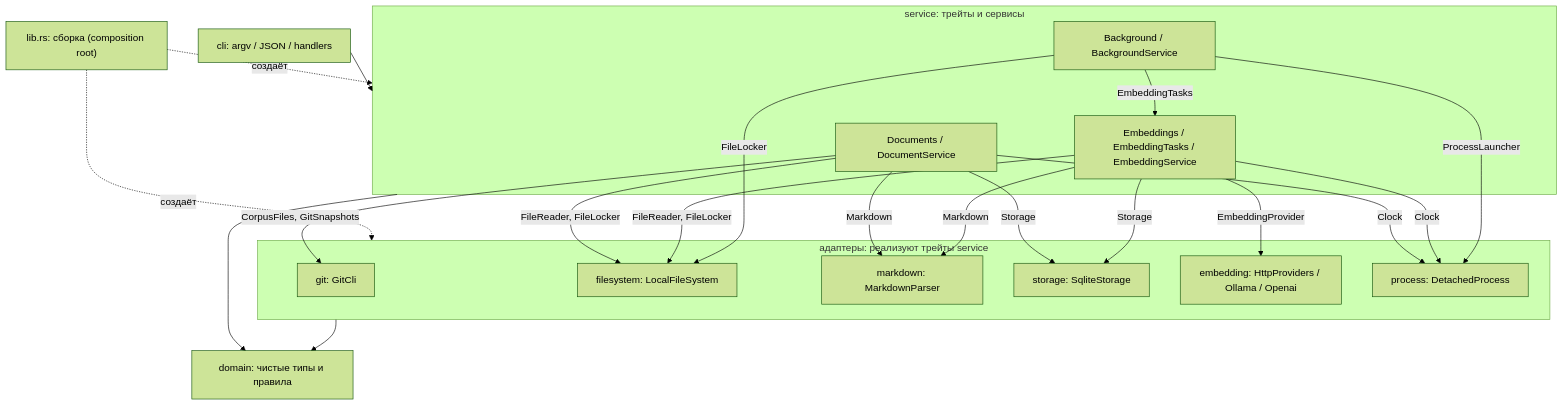
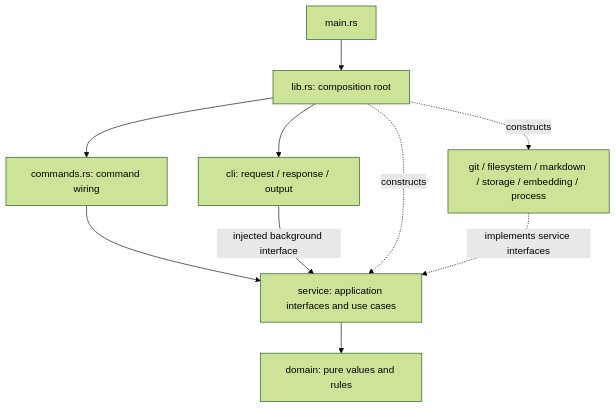
The diagram in docs/subsystem-map.md (zdkadiev/letopis), drawn with Mermaid (forest theme) before and after one commit. The commit also changed other lines of this file and 63 other files, not shown here.

Commit message:
refactor: finalize storage policy and filesystem safety

````diff
--- a/docs/subsystem-map.md
+++ b/docs/subsystem-map.md
@@ -28,34 +26,12 @@
 ```mermaid
 flowchart TD
-    CLI["cli: argv / JSON / handlers"] --> SVC
-    LIB["lib.rs: сборка (composition root)"] -.создаёт.-> SVC
-    LIB -.создаёт.-> ADP
-    subgraph SVC["service: трейты и сервисы"]
-        DOCS["Documents / DocumentService"]
-        EMB["Embeddings / EmbeddingTasks / EmbeddingService"]
-        BG["Background / BackgroundService"]
-    end
-    subgraph ADP["адаптеры: реализуют трейты service"]
-        GIT["git: GitCli"]
-        FS["filesystem: LocalFileSystem"]
-        MD["markdown: MarkdownParser"]
-        ST["storage: SqliteStorage"]
-        HTTP["embedding: HttpProviders / Ollama / Openai"]
-        PROC["process: DetachedProcess"]
-    end
-    SVC --> DOM["domain: чистые типы и правила"]
-    ADP --> DOM
-    DOCS -->|CorpusFiles, GitSnapshots| GIT
-    DOCS -->|FileReader, FileLocker| FS
-    DOCS -->|Clock| PROC
-    DOCS -->|Markdown| MD
-    DOCS -->|Storage| ST
-    EMB -->|Storage| ST
-    EMB -->|FileReader, FileLocker| FS
-    EMB -->|Clock| PROC
-    EMB -->|Markdown| MD
-    EMB -->|EmbeddingProvider| HTTP
-    BG -->|EmbeddingTasks| EMB
-    BG -->|FileLocker| FS
-    BG -->|ProcessLauncher| PROC
+    MAIN["main.rs"] --> LIB["lib.rs: composition root"]
+    LIB --> CLI["cli: request / response / output"]
+    LIB --> CMD["commands.rs: command wiring"]
+    CMD --> SVC["service: application interfaces and use cases"]
+    CLI -->|injected background interface| SVC
+    LIB -.constructs.-> SVC
+    LIB -.constructs.-> INF["git / filesystem / markdown / storage / embedding / process"]
+    SVC --> DOM["domain: pure values and rules"]
+    INF -.implements service interfaces.-> SVC
 ```
````
